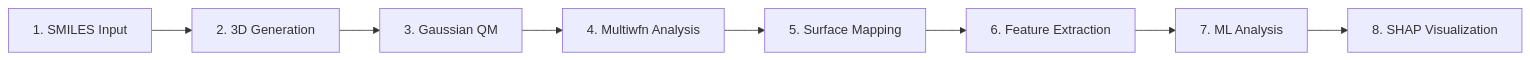
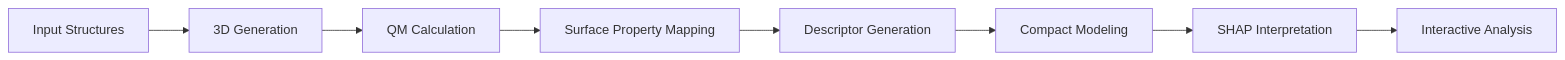
The diagram in docs/source/getting_started/basic_concepts.rst (sym823808458/Surfacia), drawn with Mermaid before and after one commit. The commit also changed other lines of this file and 47 other files, not shown here.

```diff
--- a/docs/source/getting_started/basic_concepts.rst
+++ b/docs/source/getting_started/basic_concepts.rst
@@ -103,10 +113,10 @@
 .. mermaid::
 
    graph LR
-       A[1. SMILES Input] --> B[2. 3D Generation]
-       B --> C[3. Gaussian QM]
-       C --> D[4. Multiwfn Analysis]
-       D --> E[5. Surface Mapping]
-       E --> F[6. Feature Extraction]
-       F --> G[7. ML Analysis]
-       G --> H[8. SHAP Visualization]
+       A[Input Structures] --> B[3D Generation]
+       B --> C[QM Calculation]
+       C --> D[Surface Property Mapping]
+       D --> E[Descriptor Generation]
+       E --> F[Compact Modeling]
+       F --> G[SHAP Interpretation]
+       G --> H[Interactive Analysis]
```
